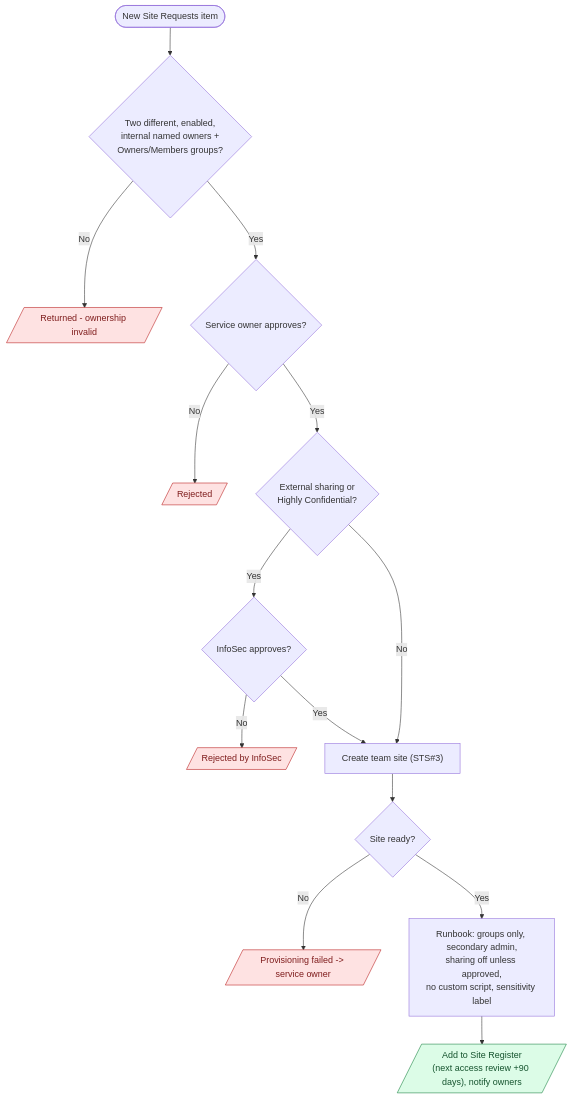
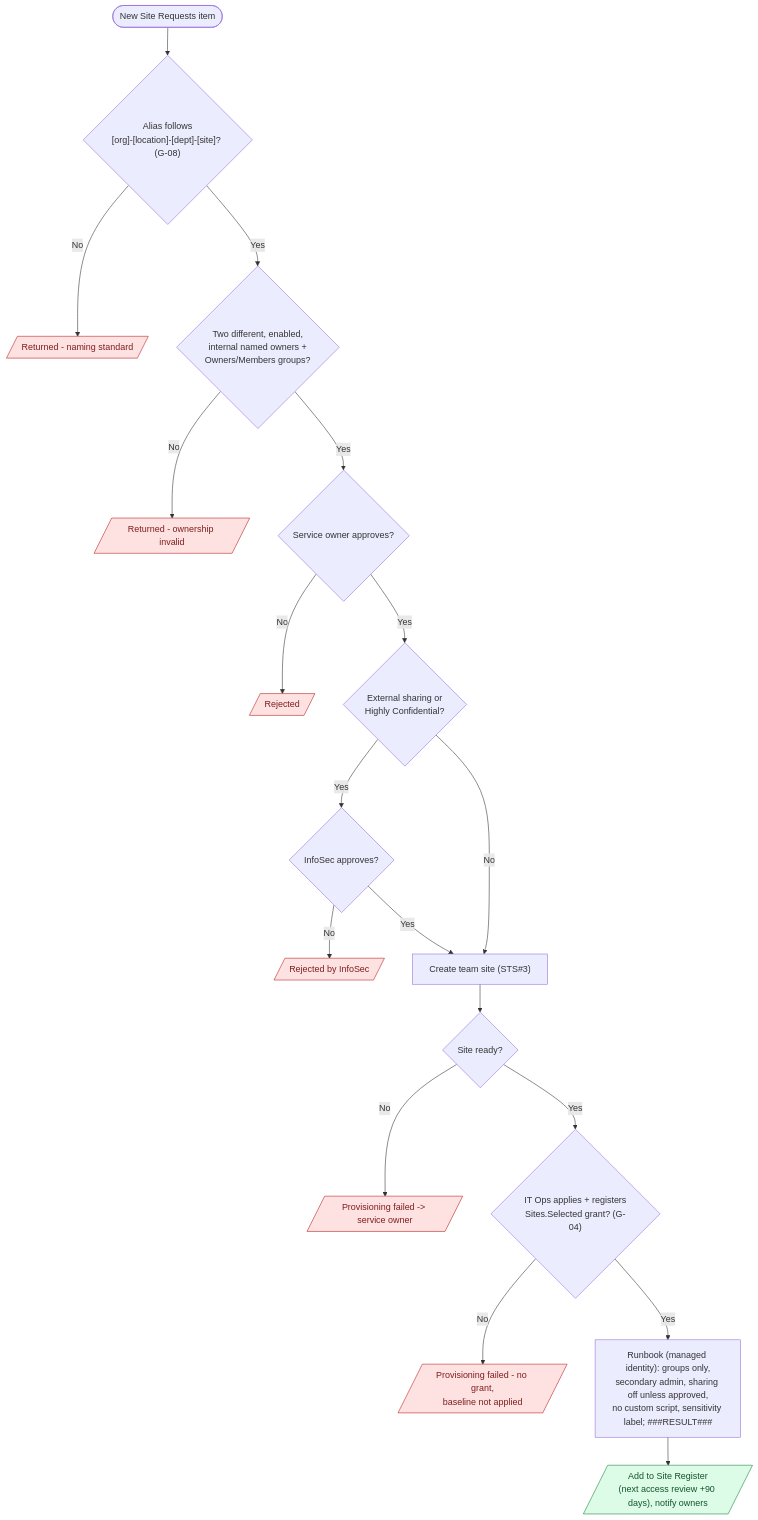
The fourth of 6 diagrams in solutions/SharePointGovernance/diagrams/governance-flows.md (flinty-isd/Projects-hub), drawn with Mermaid before and after one commit. The commit also changed other lines of this file and 12 other files, not shown here.

First line of the commit message:
Align flows with PID v4.2: named owners, retire InfoPath flow, governance fixes

````diff
--- a/solutions/SharePointGovernance/diagrams/governance-flows.md
+++ b/solutions/SharePointGovernance/diagrams/governance-flows.md
@@ -73,18 +77,22 @@
 ```mermaid
 flowchart TD
-  A([New Site Requests item]) --> V{"Two different, enabled,<br/>internal named owners +<br/>Owners/Members groups?"}
+  A([New Site Requests item]) --> NM{"Alias follows<br/>[org]-[location]-[dept]-[site]? (G-08)"}
+  NM -->|No| XN[/"Returned - naming standard"/]:::bad
+  NM -->|Yes| V{"Two different, enabled,<br/>internal named owners +<br/>Owners/Members groups?"}
   V -->|No| X[/"Returned - ownership invalid"/]:::bad
   V -->|Yes| SO{"Service owner approves?"}
   SO -->|No| R1[/"Rejected"/]:::bad
   SO -->|Yes| S{"External sharing or<br/>Highly Confidential?"}
   S -->|Yes| IS{"InfoSec approves?"}
   IS -->|No| R2[/"Rejected by InfoSec"/]:::bad
   IS -->|Yes| C
   S -->|No| C["Create team site (STS#3)"]
   C --> OK{"Site ready?"}
   OK -->|No| F[/"Provisioning failed -> service owner"/]:::bad
-  OK -->|Yes| RB["Runbook: groups only, secondary admin,<br/>sharing off unless approved,<br/>no custom script, sensitivity label"]
+  OK -->|Yes| GT{"IT Ops applies + registers<br/>Sites.Selected grant? (G-04)"}
+  GT -->|No| F2[/"Provisioning failed - no grant,<br/>baseline not applied"/]:::bad
+  GT -->|Yes| RB["Runbook (managed identity): groups only,<br/>secondary admin, sharing off unless approved,<br/>no custom script, sensitivity label; ###RESULT###"]
   RB --> REG[/"Add to Site Register<br/>(next access review +90 days), notify owners"/]:::good
   classDef good fill:#dcfce7,stroke:#15803d,color:#14532d
   classDef bad fill:#fee2e2,stroke:#b91c1c,color:#7f1d1d
 ```
````
